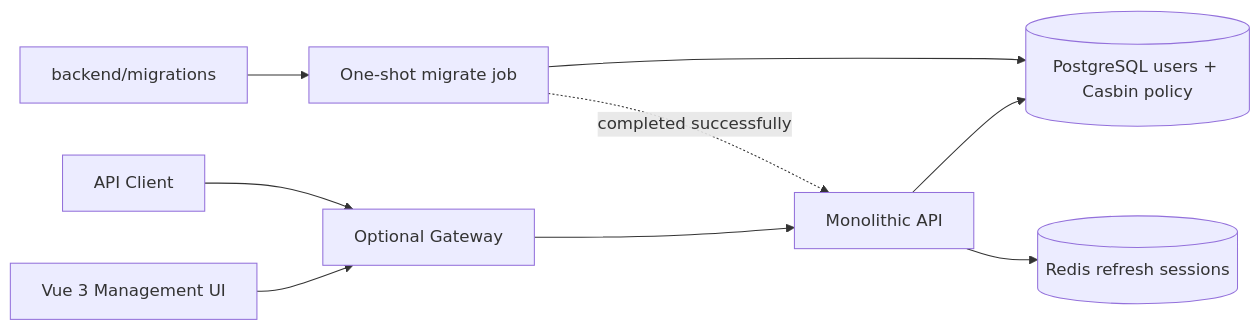
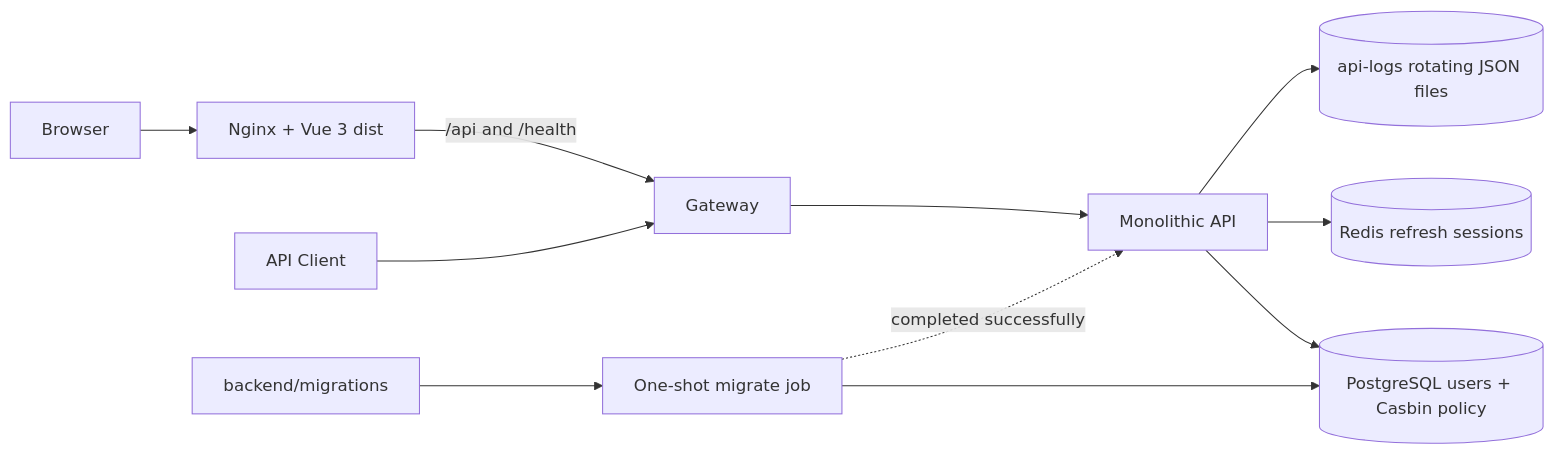
One commit to DWHuang99/erent changed the first of 4 diagrams in ARCHITECTURE.md. Above: the diagram before and after it, drawn with Mermaid. The commit also changed other lines of this file and 49 other files, not shown here.

````diff
--- a/ARCHITECTURE.md
+++ b/ARCHITECTURE.md
@@ -7,11 +7,13 @@
 ```mermaid
 flowchart LR
-    Browser[Vue 3 Management UI] --> Gateway[Optional Gateway]
+    Browser[Browser] --> Web[Nginx + Vue 3 dist]
+    Web -->|/api and /health| Gateway[Gateway]
     Client[API Client] --> Gateway
     Gateway --> API[Monolithic API]
     API --> PostgreSQL[(PostgreSQL users + Casbin policy)]
     API --> Redis[(Redis refresh sessions)]
+    API --> Logs[(api-logs rotating JSON files)]
     Migrations[backend/migrations] --> Migrator[One-shot migrate job]
     Migrator --> PostgreSQL
     Migrator -. completed successfully .-> API
 ```
````
